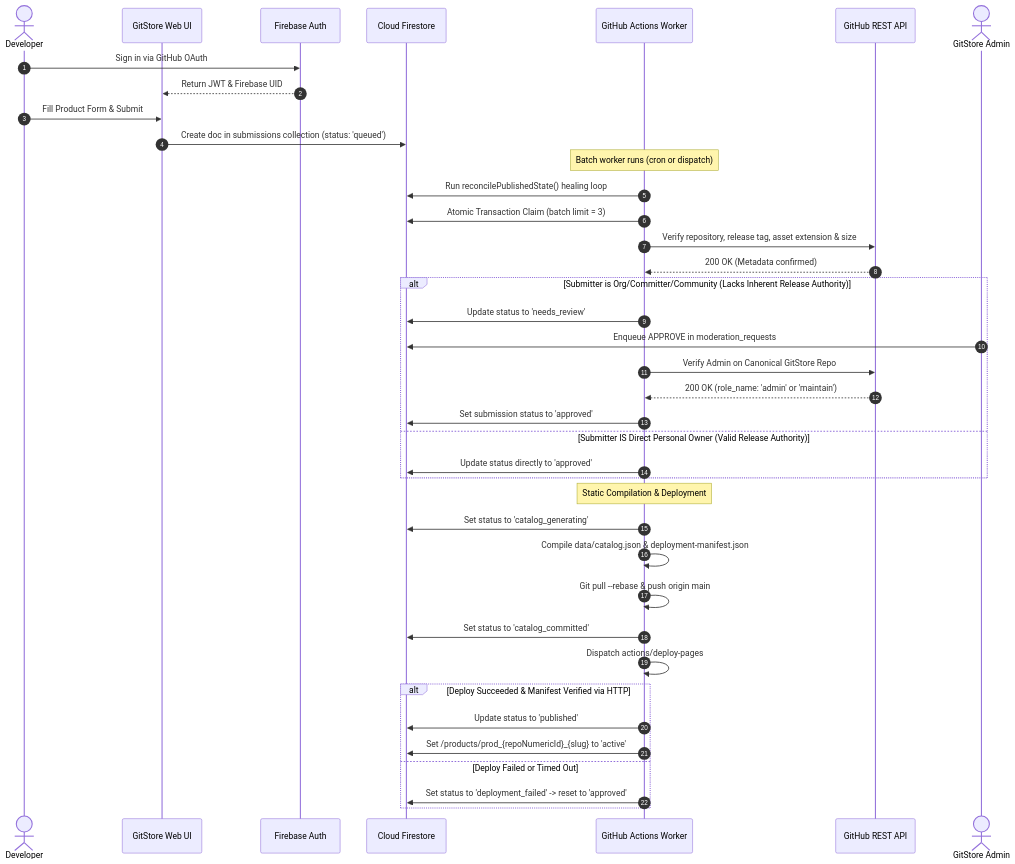
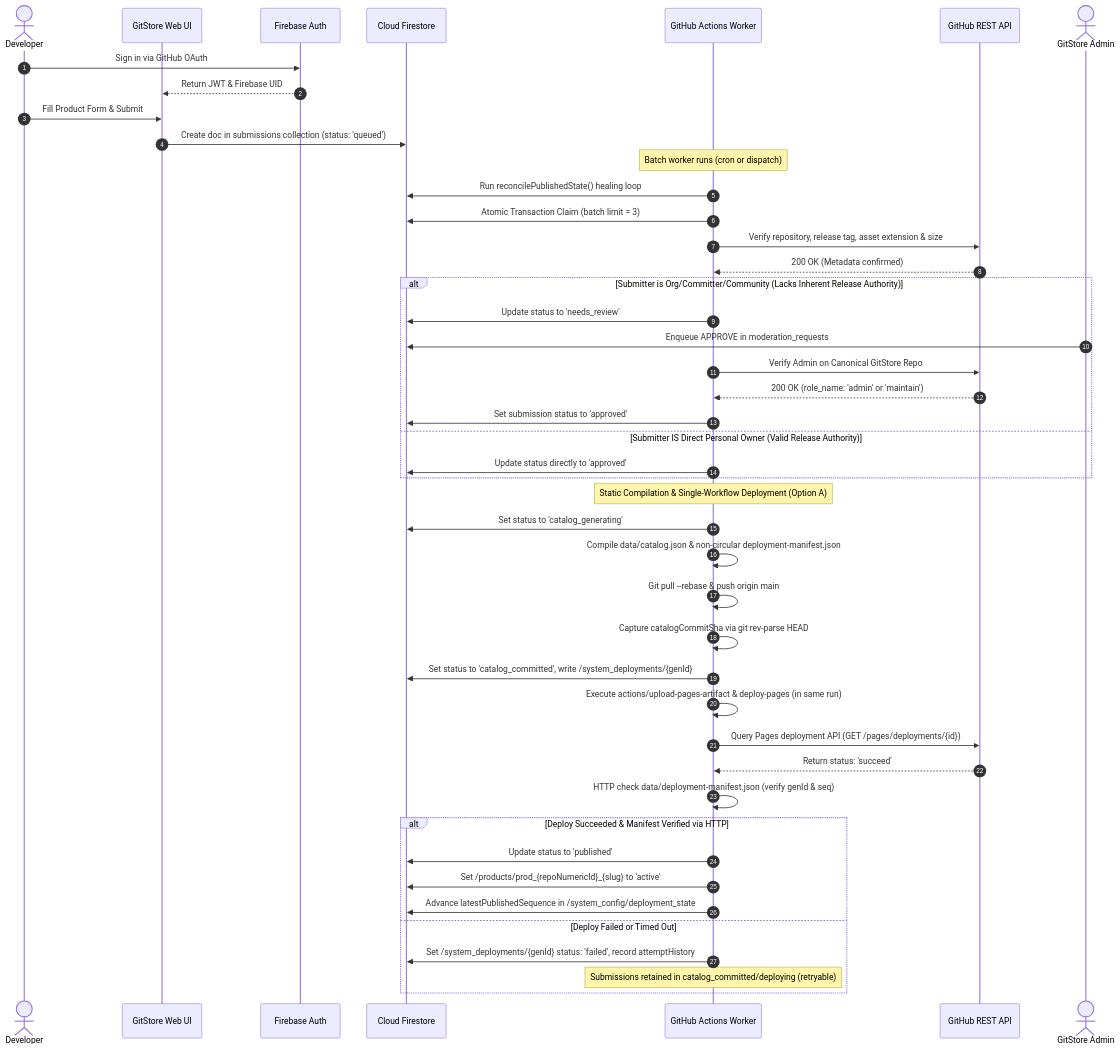
One commit to Rohitpvt/GitStore changed the second of 4 diagrams in docs/SDD.md. Above: the diagram before and after it, drawn with Mermaid. The commit also changed other lines of this file and 13 other files, not shown here.

Commit message:
chore(phase-0.1.3): deployment integrity, admin bootstrap, workflow security and non-circular manifest hardening

````diff
--- a/docs/SDD.md
+++ b/docs/SDD.md
@@ -136,42 +136,48 @@
 ```mermaid
 sequenceDiagram
     autonumber
     actor Dev as Developer
     participant Client as GitStore Web UI
     participant Auth as Firebase Auth
     participant DB as Cloud Firestore
     participant Worker as GitHub Actions Worker
     participant GHAPI as GitHub REST API
     actor Admin as GitStore Admin
 
     Dev->>Auth: Sign in via GitHub OAuth
     Auth-->>Client: Return JWT & Firebase UID
     Dev->>Client: Fill Product Form & Submit
     Client->>DB: Create doc in submissions collection (status: 'queued')
     Note over Worker: Batch worker runs (cron or dispatch)
     Worker->>DB: Run reconcilePublishedState() healing loop
     Worker->>DB: Atomic Transaction Claim (batch limit = 3)
     Worker->>GHAPI: Verify repository, release tag, asset extension & size
     GHAPI-->>Worker: 200 OK (Metadata confirmed)
     alt Submitter is Org/Committer/Community (Lacks Inherent Release Authority)
         Worker->>DB: Update status to 'needs_review'
         Admin->>DB: Enqueue APPROVE in moderation_requests
         Worker->>GHAPI: Verify Admin on Canonical GitStore Repo
         GHAPI-->>Worker: 200 OK (role_name: 'admin' or 'maintain')
         Worker->>DB: Set submission status to 'approved'
     else Submitter IS Direct Personal Owner (Valid Release Authority)
         Worker->>DB: Update status directly to 'approved'
     end
-    Note over Worker: Static Compilation & Deployment
+    Note over Worker: Static Compilation & Single-Workflow Deployment (Option A)
     Worker->>DB: Set status to 'catalog_generating'
-    Worker->>Worker: Compile data/catalog.json & deployment-manifest.json
+    Worker->>Worker: Compile data/catalog.json & non-circular deployment-manifest.json
     Worker->>Worker: Git pull --rebase & push origin main
-    Worker->>DB: Set status to 'catalog_committed'
-    Worker->>Worker: Dispatch actions/deploy-pages
+    Worker->>Worker: Capture catalogCommitSha via git rev-parse HEAD
+    Worker->>DB: Set status to 'catalog_committed', write /system_deployments/{genId}
+    Worker->>Worker: Execute actions/upload-pages-artifact & deploy-pages (in same run)
+    Worker->>GHAPI: Query Pages deployment API (GET /pages/deployments/{id})
+    GHAPI-->>Worker: Return status: 'succeed'
+    Worker->>Worker: HTTP check data/deployment-manifest.json (verify genId & seq)
     alt Deploy Succeeded & Manifest Verified via HTTP
         Worker->>DB: Update status to 'published'
         Worker->>DB: Set /products/prod_{repoNumericId}_{slug} to 'active'
+        Worker->>DB: Advance latestPublishedSequence in /system_config/deployment_state
     else Deploy Failed or Timed Out
-        Worker->>DB: Set status to 'deployment_failed' -> reset to 'approved'
+        Worker->>DB: Set /system_deployments/{genId} status: 'failed', record attemptHistory
+        Note over Worker: Submissions retained in catalog_committed/deploying (retryable)
     end
 ```
````
